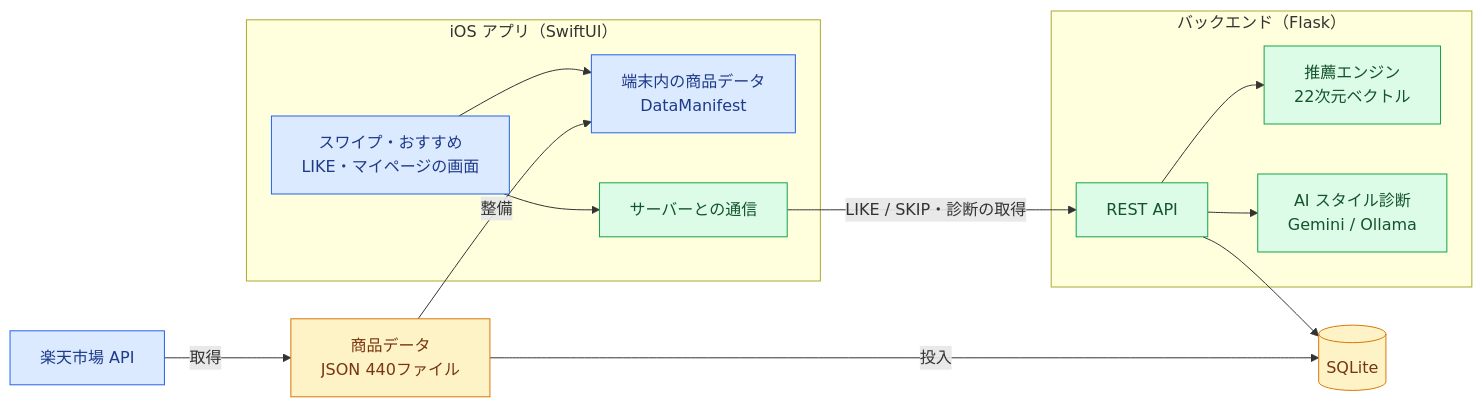
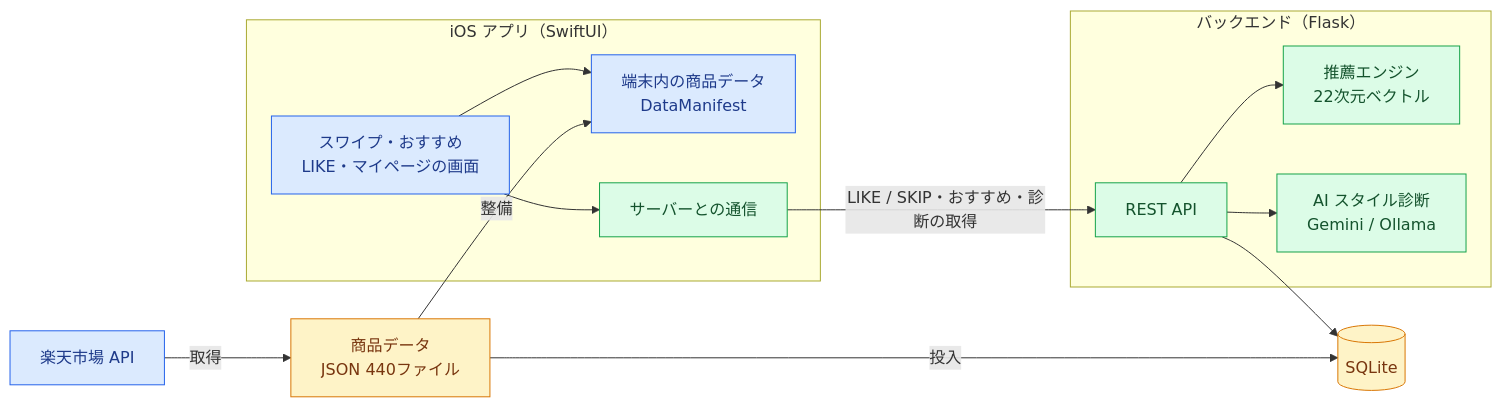
The diagram in README.md (shu8719/swipe-fashion), drawn with Mermaid before and after one commit. The commit also changed other lines of this file and 2 other files, not shown here.

Commit message:
docs: README・API 仕様書・スクリーンショットを今の実装に合わせて更新

````diff
--- a/README.md
+++ b/README.md
@@ -39,33 +39,33 @@
 ```mermaid
 flowchart LR
     subgraph iOS["iOS アプリ（SwiftUI）"]
         UI["スワイプ・おすすめ<br/>LIKE・マイページの画面"]
         LOCAL["端末内の商品データ<br/>DataManifest"]
         NET["サーバーとの通信"]
     end
     subgraph Server["バックエンド（Flask）"]
         API["REST API"]
         REC["推薦エンジン<br/>22次元ベクトル"]
         LLM["AI スタイル診断<br/>Gemini / Ollama"]
     end
     DB[("SQLite")]
     RAKUTEN["楽天市場 API"]
     DATA["商品データ<br/>JSON 440ファイル"]
 
     UI --> LOCAL
     UI --> NET
-    NET -->|LIKE / SKIP・診断の取得| API
+    NET -->|LIKE / SKIP・おすすめ・診断の取得| API
     API --> REC
     API --> LLM
     API --> DB
     RAKUTEN -->|取得| DATA
     DATA -->|整備| LOCAL
     DATA -->|投入| DB
 
     classDef shu fill:#dbeafe,stroke:#2563eb,color:#1e3a8a
     classDef akamatsu fill:#dcfce7,stroke:#16a34a,color:#14532d
     classDef data fill:#fef3c7,stroke:#d97706,color:#78350f
     class UI,LOCAL,RAKUTEN shu
     class NET,API,REC,LLM akamatsu
     class DB,DATA data
 ```
````
